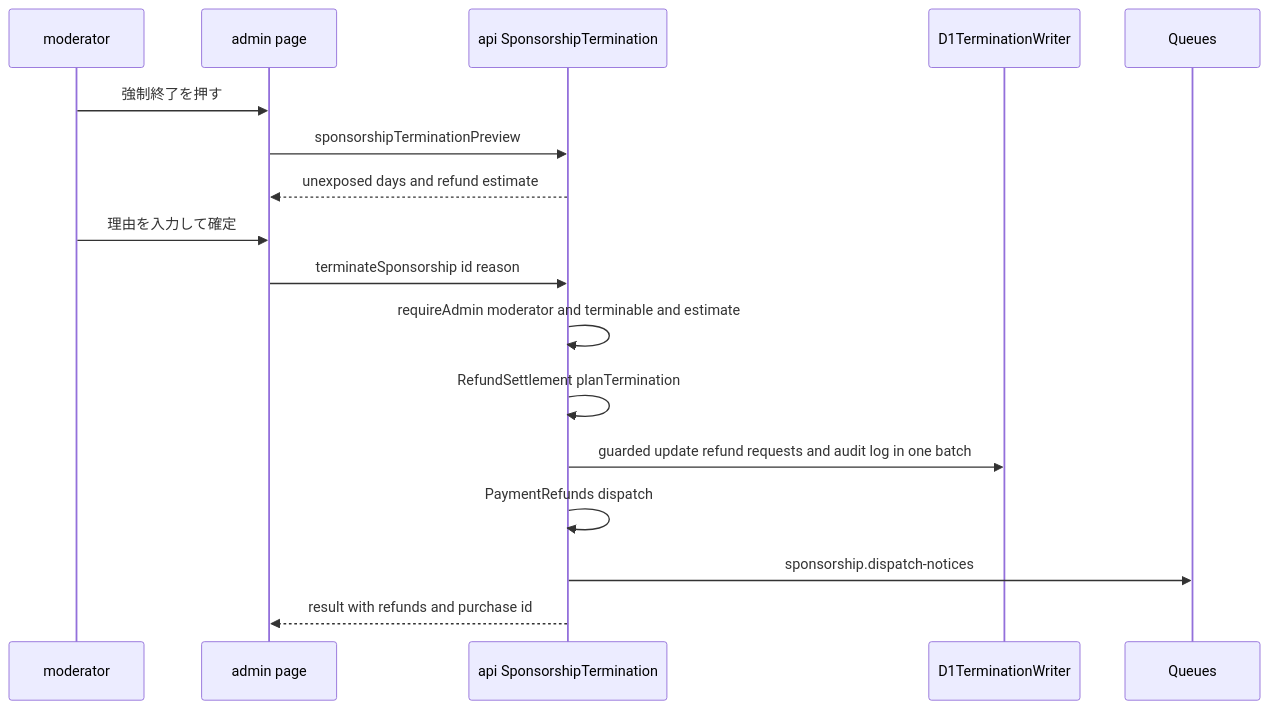
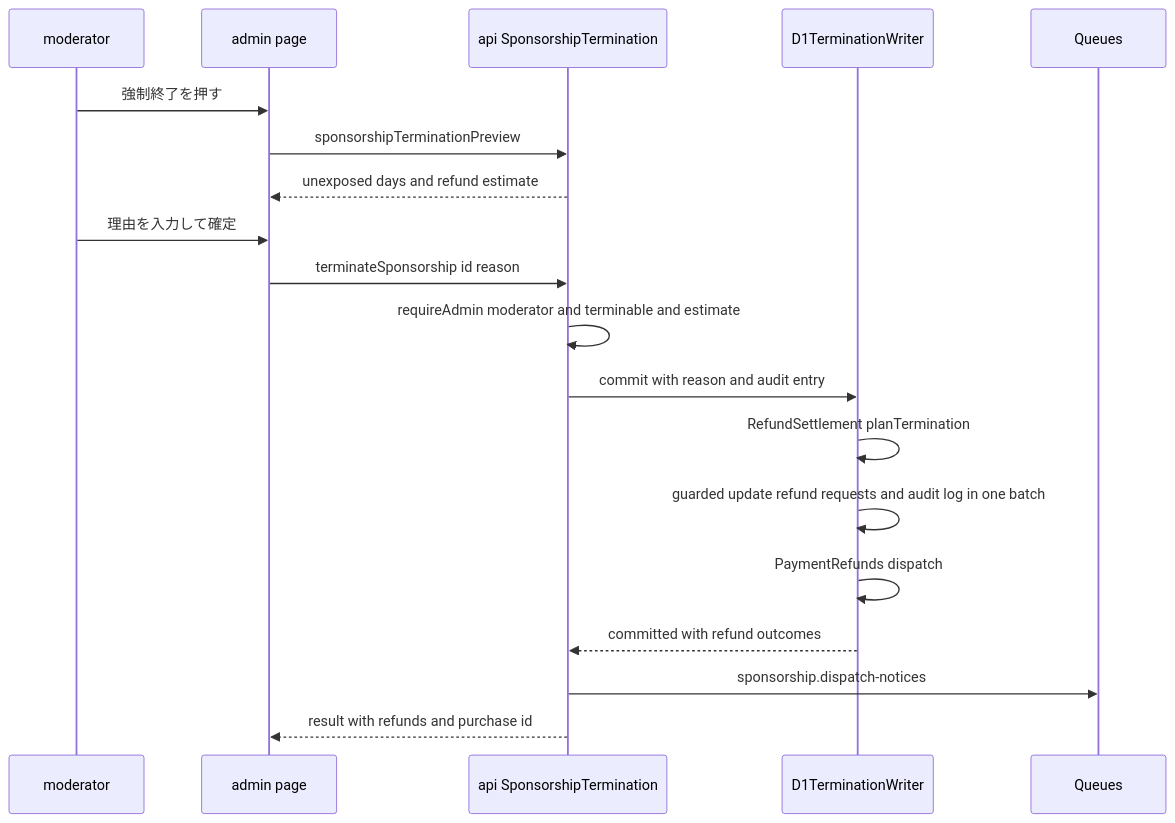
One commit to kurachiweb/genai-example-2-launch-platform changed the seventh of 8 diagrams in .kiro/specs/sponsorship/design.md. Above: the diagram before and after it, drawn with Mermaid. The commit also changed other lines of this file and 3 other files, not shown here.

````diff
--- a/.kiro/specs/sponsorship/design.md
+++ b/.kiro/specs/sponsorship/design.md
@@ -513,19 +527,21 @@
 ```mermaid
 sequenceDiagram
     participant M as moderator
     participant UI as admin page
     participant A as api SponsorshipTermination
     participant W as D1TerminationWriter
     participant Q as Queues
     M->>UI: 強制終了を押す
     UI->>A: sponsorshipTerminationPreview
     A-->>UI: unexposed days and refund estimate
     M->>UI: 理由を入力して確定
     UI->>A: terminateSponsorship id reason
     A->>A: requireAdmin moderator and terminable and estimate
-    A->>A: RefundSettlement planTermination
-    A->>W: guarded update refund requests and audit log in one batch
-    A->>A: PaymentRefunds dispatch
+    A->>W: commit with reason and audit entry
+    W->>W: RefundSettlement planTermination
+    W->>W: guarded update refund requests and audit log in one batch
+    W->>W: PaymentRefunds dispatch
+    W-->>A: committed with refund outcomes
     A->>Q: sponsorship.dispatch-notices
     A-->>UI: result with refunds and purchase id
 ```
````
